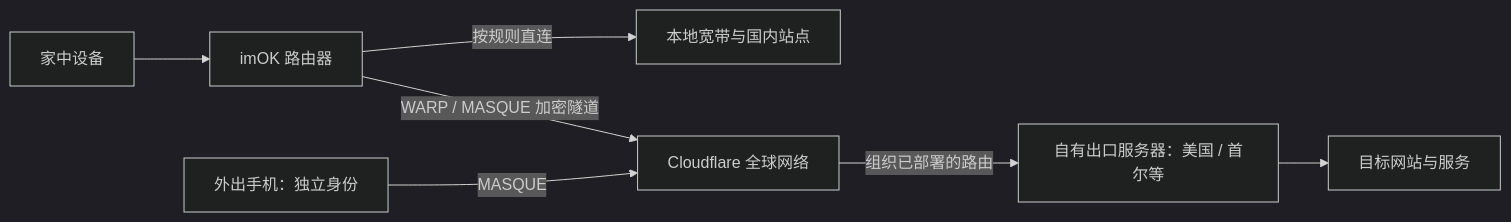
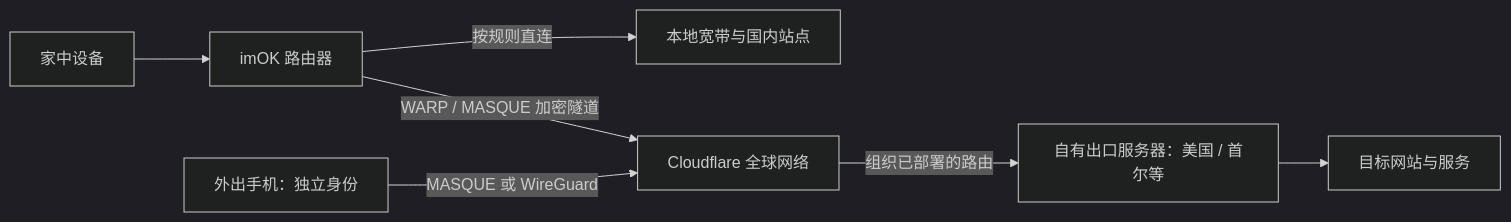
Before and after one commit to routepilot-lab/imok: the diagram in README.md, drawn with Mermaid (dark theme). The commit also changed other lines of this file and 28 other files, not shown here.

````diff
--- a/README.md
+++ b/README.md
@@ -55,9 +61,9 @@
 ```mermaid
 flowchart LR
     Devices[家中设备] --> Router[imOK 路由器]
     Router -->|按规则直连| Local[本地宽带与国内站点]
     Router -->|WARP / MASQUE 加密隧道| CF[Cloudflare 全球网络]
-    Phone[外出手机：独立身份] -->|MASQUE| CF
+    Phone[外出手机：独立身份] -->|MASQUE 或 WireGuard| CF
     CF -->|组织已部署的路由| Exit[自有出口服务器：美国 / 首尔等]
     Exit --> Sites[目标网站与服务]
 ```
````
